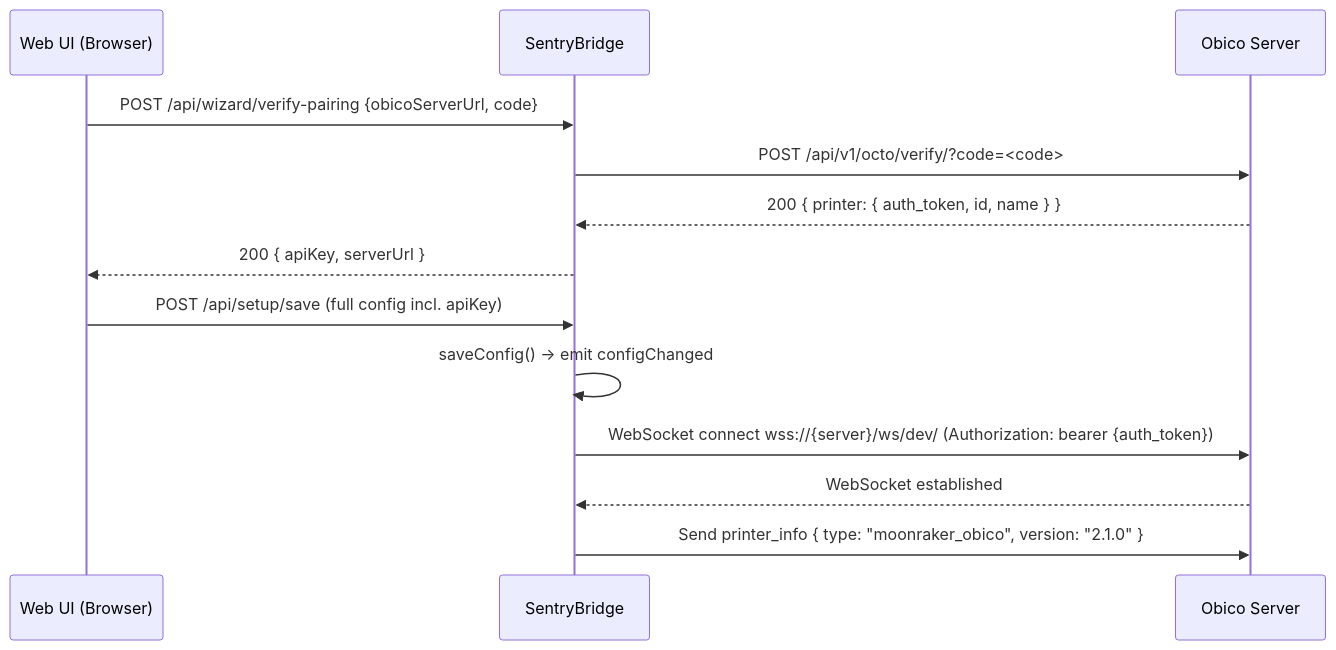
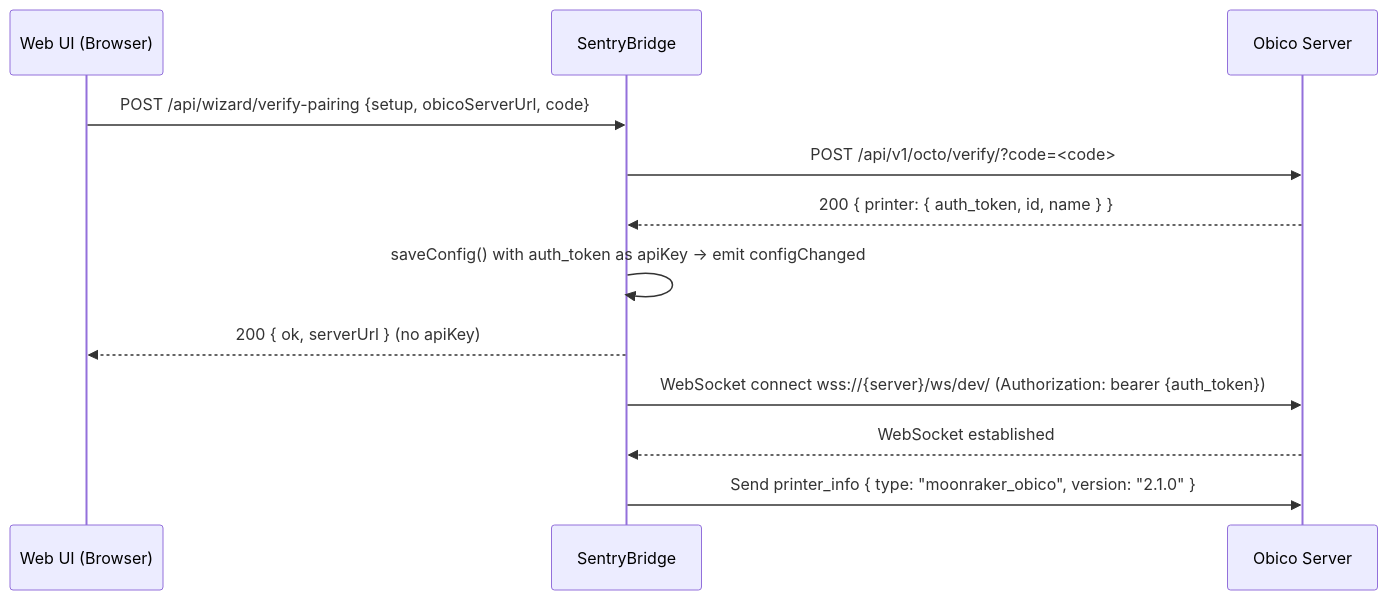
Before and after one commit to reneleban/sentry-bridge: the first of 6 diagrams in docs/architecture/06-runtime-view.md, drawn with Mermaid. The commit also changed 4 other files, not shown here.

Commit message:
docs(#75): describe the same-target rule for stored secrets and the key-less pairing response

````diff
--- a/docs/architecture/06-runtime-view.md
+++ b/docs/architecture/06-runtime-view.md
@@ -11,16 +11,15 @@
 ```mermaid
 sequenceDiagram
     participant UI as Web UI (Browser)
     participant Bridge as SentryBridge
     participant Obico as Obico Server
 
-    UI->>Bridge: POST /api/wizard/verify-pairing {obicoServerUrl, code}
+    UI->>Bridge: POST /api/wizard/verify-pairing {setup, obicoServerUrl, code}
     Bridge->>Obico: POST /api/v1/octo/verify/?code=<code>
     Obico-->>Bridge: 200 { printer: { auth_token, id, name } }
-    Bridge-->>UI: 200 { apiKey, serverUrl }
-    UI->>Bridge: POST /api/setup/save (full config incl. apiKey)
-    Bridge->>Bridge: saveConfig() → emit configChanged
+    Bridge->>Bridge: saveConfig() with auth_token as apiKey → emit configChanged
+    Bridge-->>UI: 200 { ok, serverUrl } (no apiKey)
     Bridge->>Obico: WebSocket connect wss://{server}/ws/dev/ (Authorization: bearer {auth_token})
     Obico-->>Bridge: WebSocket established
     Bridge->>Obico: Send printer_info { type: "moonraker_obico", version: "2.1.0" }
 ```
````
